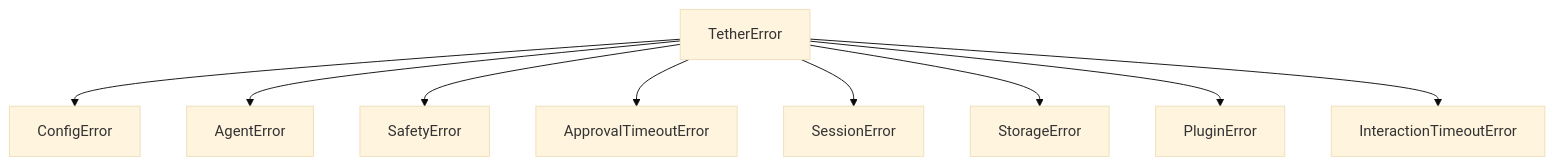
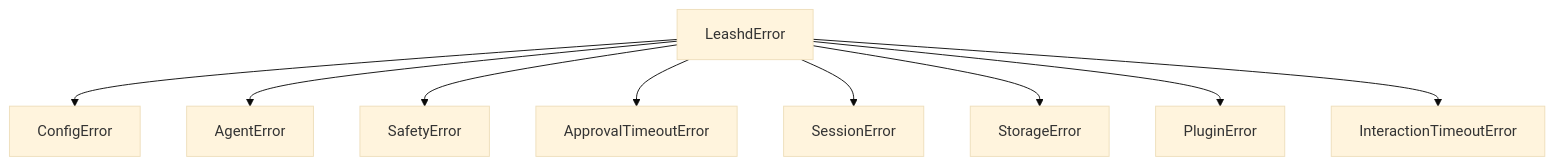
One commit to nodenova/tether changed the third of 3 diagrams in docs/architecture.md. Above: the diagram before and after it, drawn with Mermaid (base theme). The commit also changed other lines of this file and 139 other files, not shown here.

Commit message:
Rebrand from Tether to Leashd

````diff
--- a/docs/architecture.md
+++ b/docs/architecture.md
@@ -142,11 +142,11 @@
 ```mermaid
 flowchart TD
-    TetherError --> ConfigError
-    TetherError --> AgentError
-    TetherError --> SafetyError
-    TetherError --> ApprovalTimeoutError
-    TetherError --> SessionError
-    TetherError --> StorageError
-    TetherError --> PluginError
-    TetherError --> InteractionTimeoutError
+    LeashdError --> ConfigError
+    LeashdError --> AgentError
+    LeashdError --> SafetyError
+    LeashdError --> ApprovalTimeoutError
+    LeashdError --> SessionError
+    LeashdError --> StorageError
+    LeashdError --> PluginError
+    LeashdError --> InteractionTimeoutError
 ```
````
